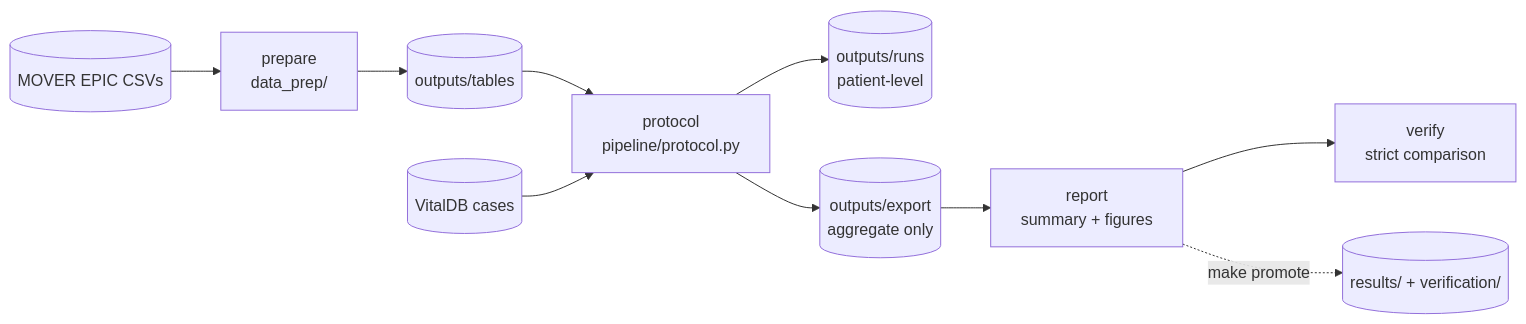
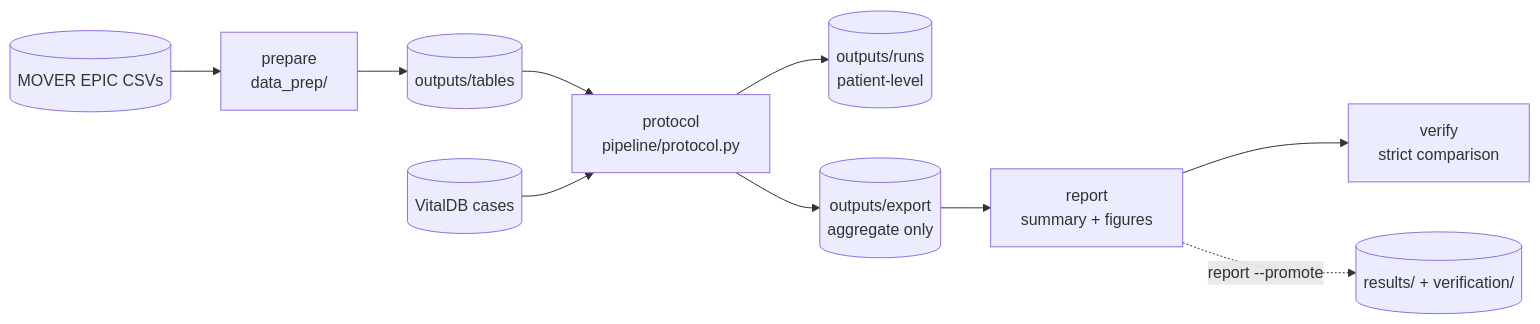
The diagram in docs/ARCHITECTURE.md (paarthsharmaa/PreOp-XAI), drawn with Mermaid before and after one commit. The commit also changed other lines of this file and 24 other files, not shown here.

````diff
--- a/docs/ARCHITECTURE.md
+++ b/docs/ARCHITECTURE.md
@@ -3,12 +3,12 @@
 ```mermaid
 flowchart LR
     A[(MOVER EPIC CSVs)] --> B[prepare<br/>data_prep/]
     B --> C[(outputs/tables)]
     C --> D[protocol<br/>pipeline/protocol.py]
     E[(VitalDB cases)] --> D
     D --> F[(outputs/runs<br/>patient-level)]
     D --> G[(outputs/export<br/>aggregate only)]
     G --> H[report<br/>summary + figures]
     H --> I[verify<br/>strict comparison]
-    H -. make promote .-> J[(results/ + verification/)]
+    H -. report --promote .-> J[(results/ + verification/)]
 ```
````
